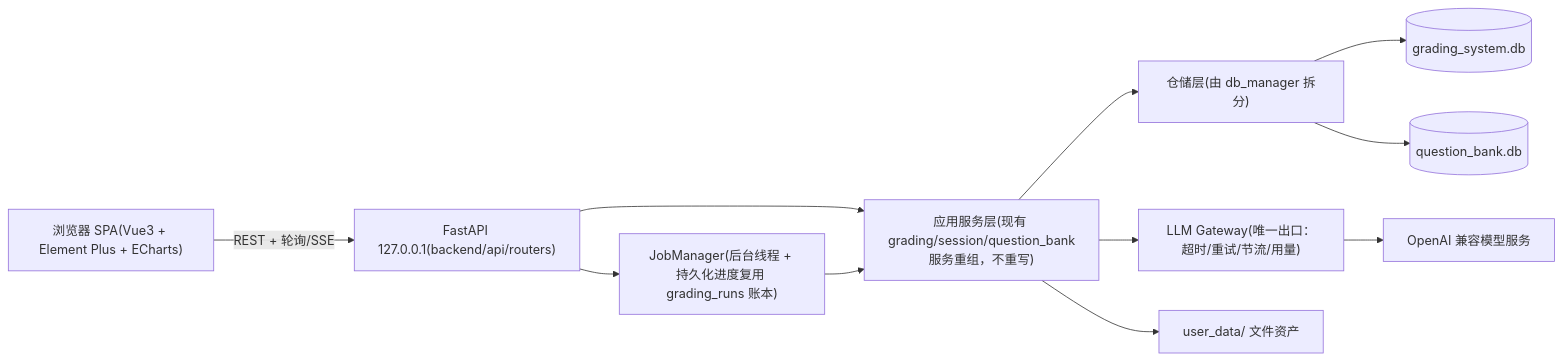
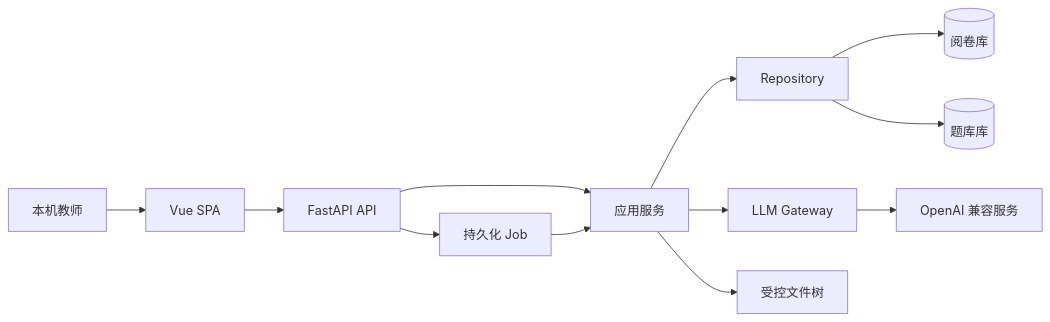
The diagram in docs/superpowers/plans/2026-07-03-frontend-backend-modernization-master-plan.md (Hineni412/ai-grading-system-workstation), drawn with Mermaid before and after one commit. The commit also changed other lines of this file and 117 other files, not shown here.

````diff
--- a/docs/superpowers/plans/2026-07-03-frontend-backend-modernization-master-plan.md
+++ b/docs/superpowers/plans/2026-07-03-frontend-backend-modernization-master-plan.md
@@ -79,13 +69,14 @@
 ```mermaid
 flowchart LR
-    B["浏览器 SPA(Vue3 + Element Plus + ECharts)"] -->|"REST + 轮询/SSE"| API["FastAPI 127.0.0.1(backend/api/routers)"]
-    API --> SVC["应用服务层(现有 grading/session/question_bank服务重组，不重写)"]
-    API --> JOBS["JobManager(后台线程 + 持久化进度复用 grading_runs 账本)"]
-    JOBS --> SVC
-    SVC --> REPO["仓储层(由 db_manager 拆分)"]
-    SVC --> LLM["LLM Gateway(唯一出口：超时/重试/节流/用量)"]
-    REPO --> G[("grading_system.db")]
-    REPO --> Q[("question_bank.db")]
-    SVC --> FS["user_data/ 文件资产"]
-    LLM --> EXT["OpenAI 兼容模型服务"]
+    U["本机教师"] --> V["Vue SPA"]
+    V --> A["FastAPI API"]
+    A --> S["应用服务"]
+    A --> J["持久化 Job"]
+    S --> R["Repository"]
+    J --> S
+    S --> L["LLM Gateway"]
+    R --> G[("阅卷库")]
+    R --> Q[("题库库")]
+    S --> F["受控文件树"]
+    L --> E["OpenAI 兼容服务"]
 ```
````
